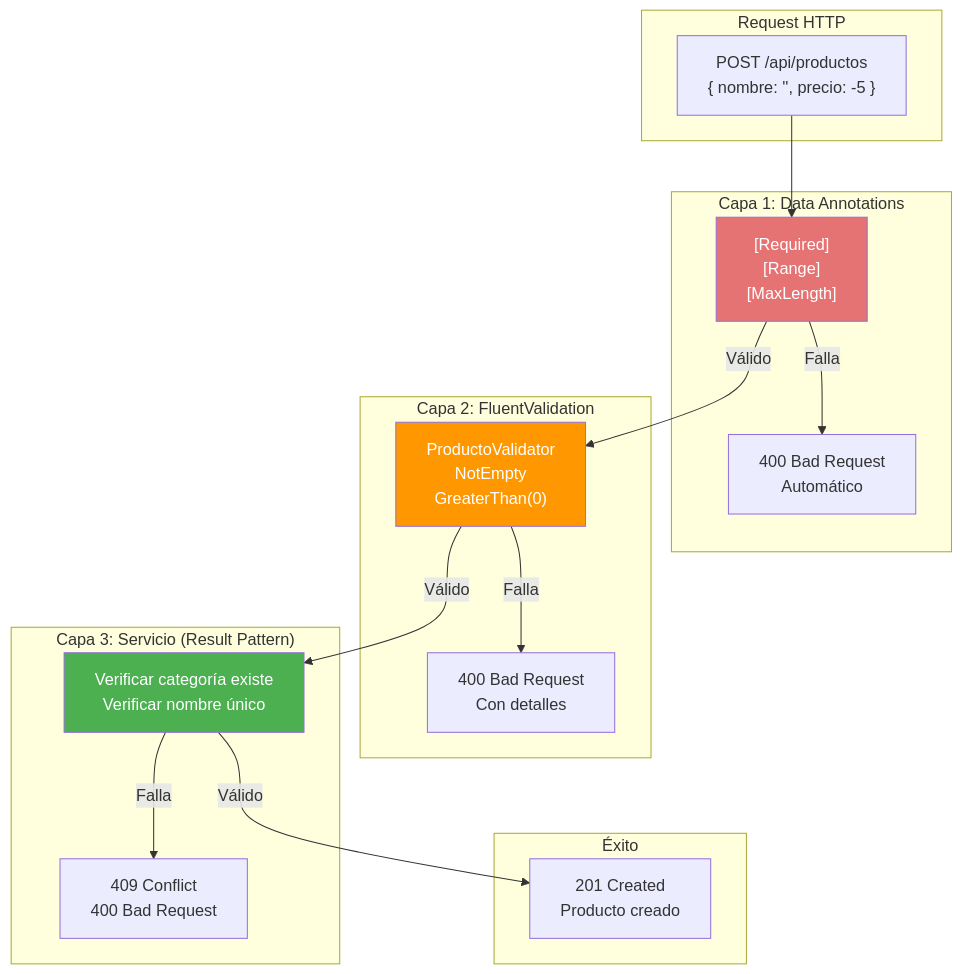
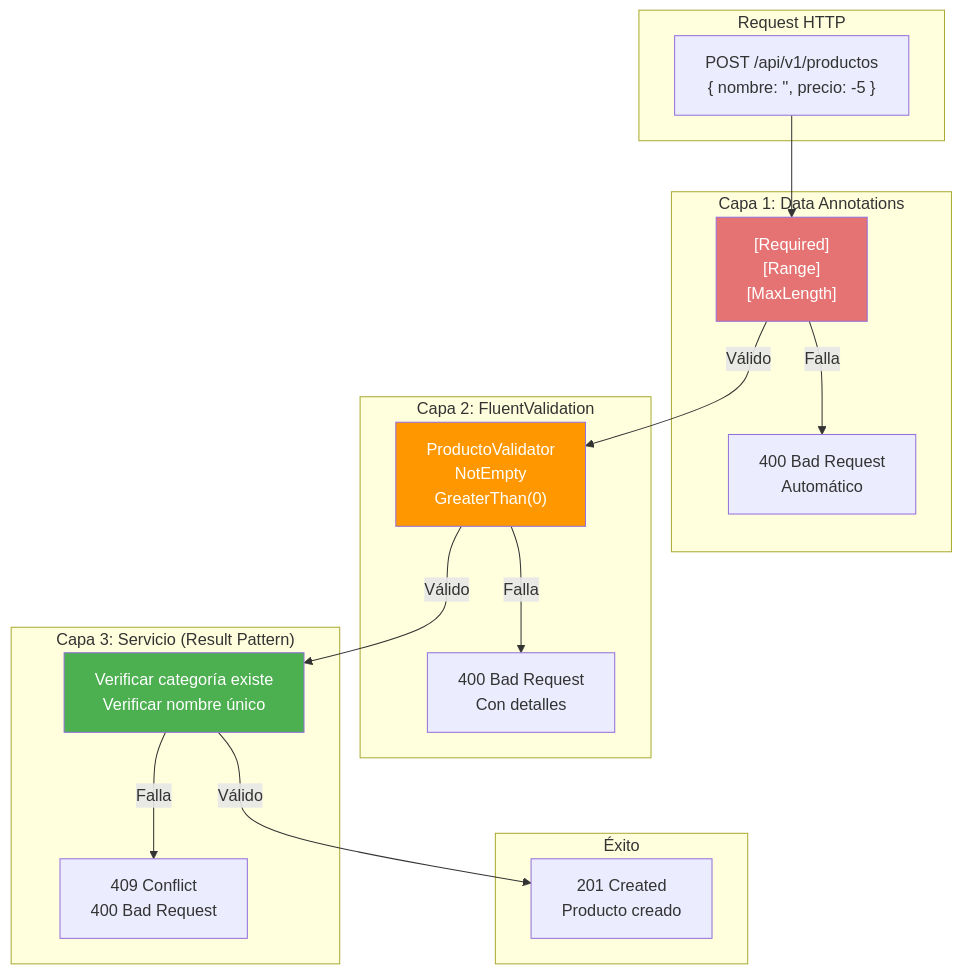
Before and after one commit to joseluisgs/TiendaDawApi-NetCore: the first of 4 diagrams in doc/05-validacion-cascada.md, drawn with Mermaid. The commit also changed other lines of this file and 237 other files, not shown here.

````diff
--- a/doc/05-validacion-cascada.md
+++ b/doc/05-validacion-cascada.md
@@ -24,34 +24,34 @@
 ```mermaid
 flowchart TB
     subgraph "Request HTTP"
-        REQ["POST /api/productos<br/>{ nombre: '', precio: -5 }"]
+        REQ["POST /api/v1/productos<br/>{ nombre: '', precio: -5 }"]
     end
     
     subgraph "Capa 1: Data Annotations"
         DA["[Required]<br/>[Range]<br/>[MaxLength]"]
         DA -->|Falla| DA_ERR["400 Bad Request<br/>Automático"]
     end
     
     subgraph "Capa 2: FluentValidation"
         FV["ProductoValidator<br/>NotEmpty<br/>GreaterThan(0)"]
         FV -->|Falla| FV_ERR["400 Bad Request<br/>Con detalles"]
     end
     
     subgraph "Capa 3: Servicio (Result Pattern)"
         SVC["Verificar categoría existe<br/>Verificar nombre único"]
         SVC -->|Falla| SVC_ERR["409 Conflict<br/>400 Bad Request"]
     end
     
     subgraph "Éxito"
         SUCCESS["201 Created<br/>Producto creado"]
     end
     
     REQ --> DA
     DA -->|Válido| FV
     FV -->|Válido| SVC
     SVC -->|Válido| SUCCESS
     
     style DA fill:#E57373,color:#ffffff
     style FV fill:#FF9800,color:#ffffff
     style SVC fill:#4CAF50,color:#ffffff
 ```
````
